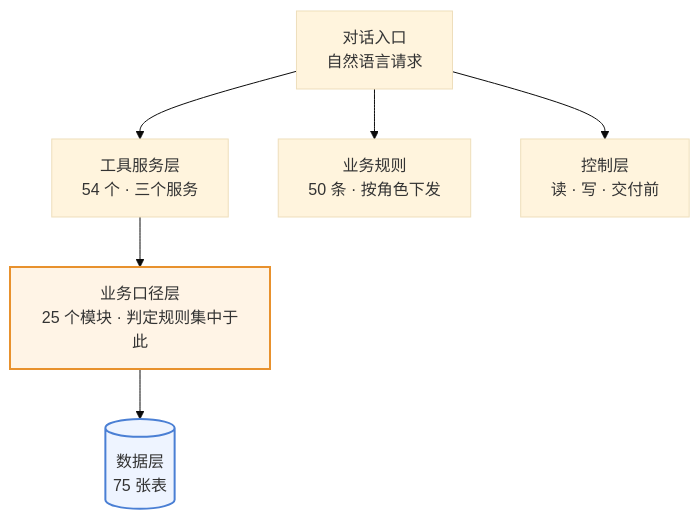
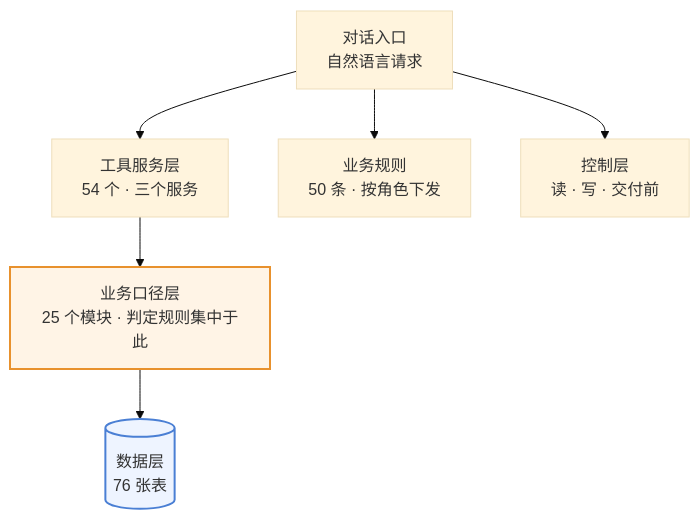
The first of 4 diagrams in 澜绣云裳agent-产品需求文档.md (843773296-rgb/lanxiu-yunshang-agent), drawn with Mermaid (base theme) before and after one commit. The commit also changed other lines of this file and 6 other files, not shown here.

````diff
--- a/澜绣云裳agent-产品需求文档.md
+++ b/澜绣云裳agent-产品需求文档.md
@@ -134,12 +134,12 @@
 ```mermaid
 flowchart TD
     M["对话入口<br/>自然语言请求"]
     M --> T["工具服务层<br/>54 个 · 三个服务"]
     M --> R["业务规则<br/>50 条 · 按角色下发"]
     M --> G["控制层<br/>读 · 写 · 交付前"]
     T --> K["业务口径层<br/>25 个模块 · 判定规则集中于此"]
-    K --> DB[("数据层<br/>75 张表")]
+    K --> DB[("数据层<br/>76 张表")]
 
     style K fill:#fff4e6,stroke:#e8912d,stroke-width:2px
     style DB fill:#eef4ff,stroke:#4a7fd4,stroke-width:2px
 ```
````
